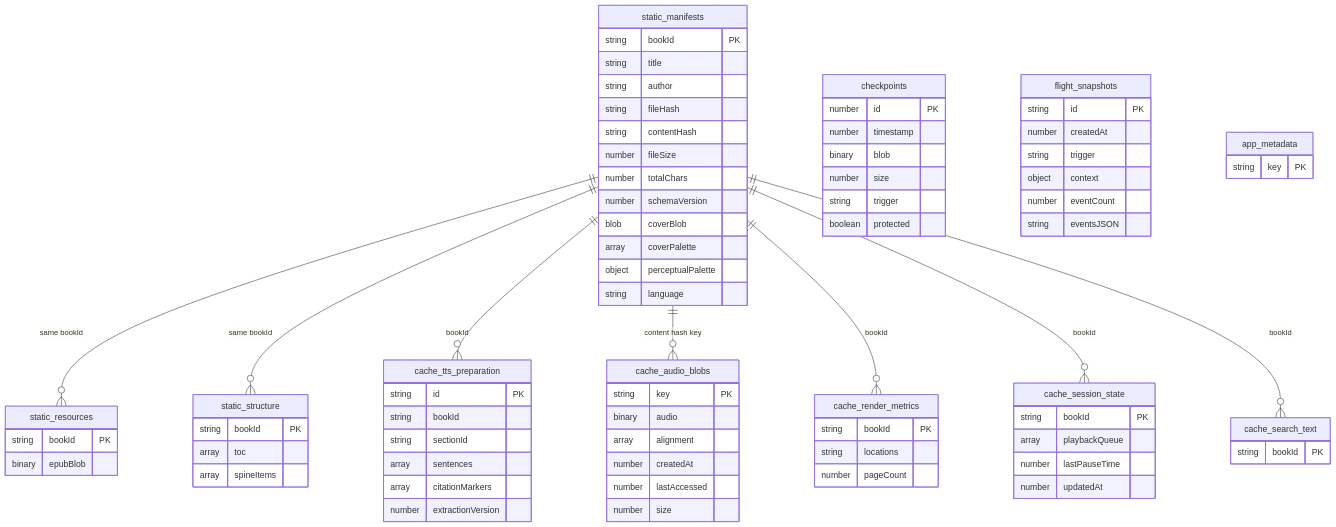
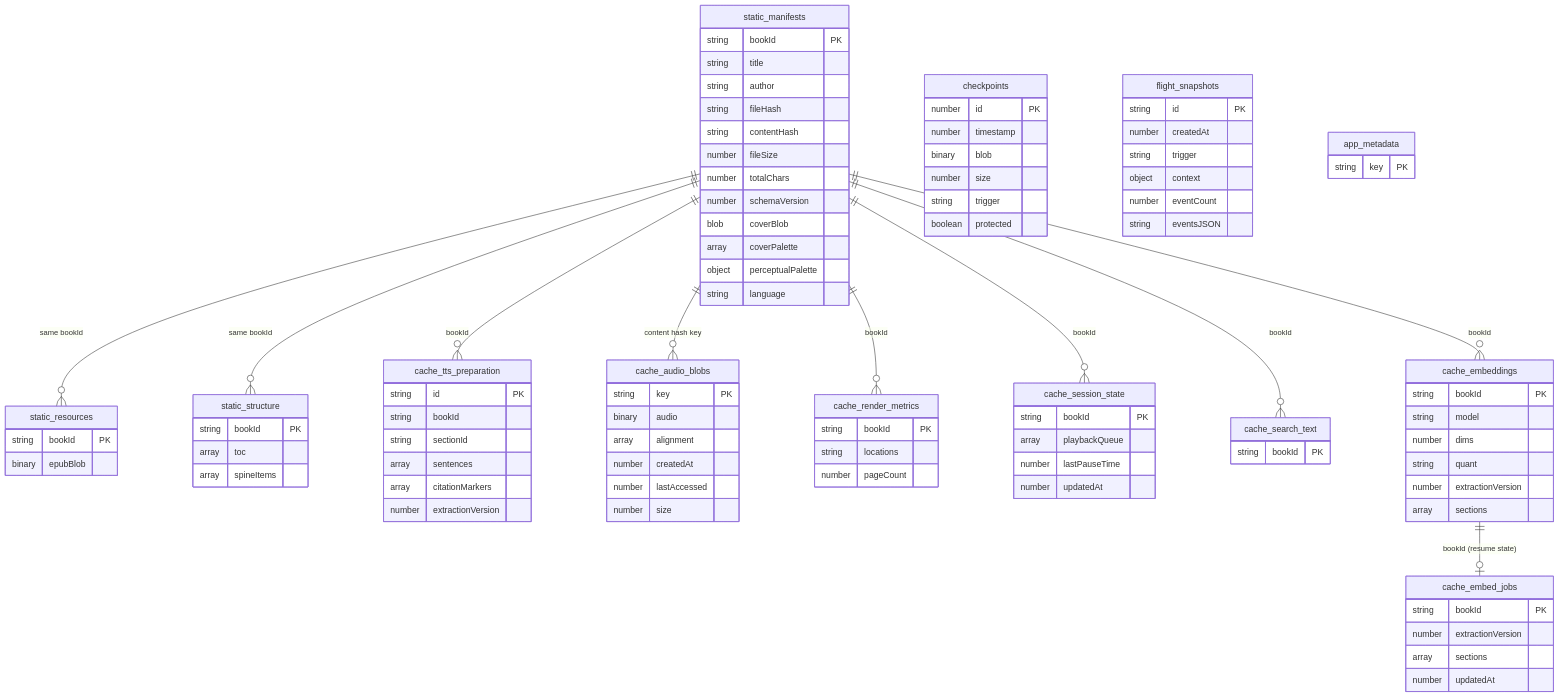
One commit to vrwarp/versicle changed the second of 6 diagrams in docs/comprehensive/02-glossary-and-domain-model.md. Above: the diagram before and after it, drawn with Mermaid. The commit also changed other lines of this file and 17 other files, not shown here.

````diff
--- a/docs/comprehensive/02-glossary-and-domain-model.md
+++ b/docs/comprehensive/02-glossary-and-domain-model.md
@@ -591,6 +612,20 @@
     cache_search_text {
         string bookId PK
     }
+    cache_embeddings {
+        string bookId PK
+        string model
+        number dims
+        string quant
+        number extractionVersion
+        array sections
+    }
+    cache_embed_jobs {
+        string bookId PK
+        number extractionVersion
+        array sections
+        number updatedAt
+    }
     checkpoints {
         number id PK
         number timestamp
@@ -618,4 +653,6 @@
     static_manifests ||--o{ cache_render_metrics : "bookId"
     static_manifests ||--o{ cache_session_state : "bookId"
     static_manifests ||--o{ cache_search_text : "bookId"
+    static_manifests ||--o{ cache_embeddings : "bookId"
+    cache_embeddings ||--o| cache_embed_jobs : "bookId (resume state)"
 ```
````
